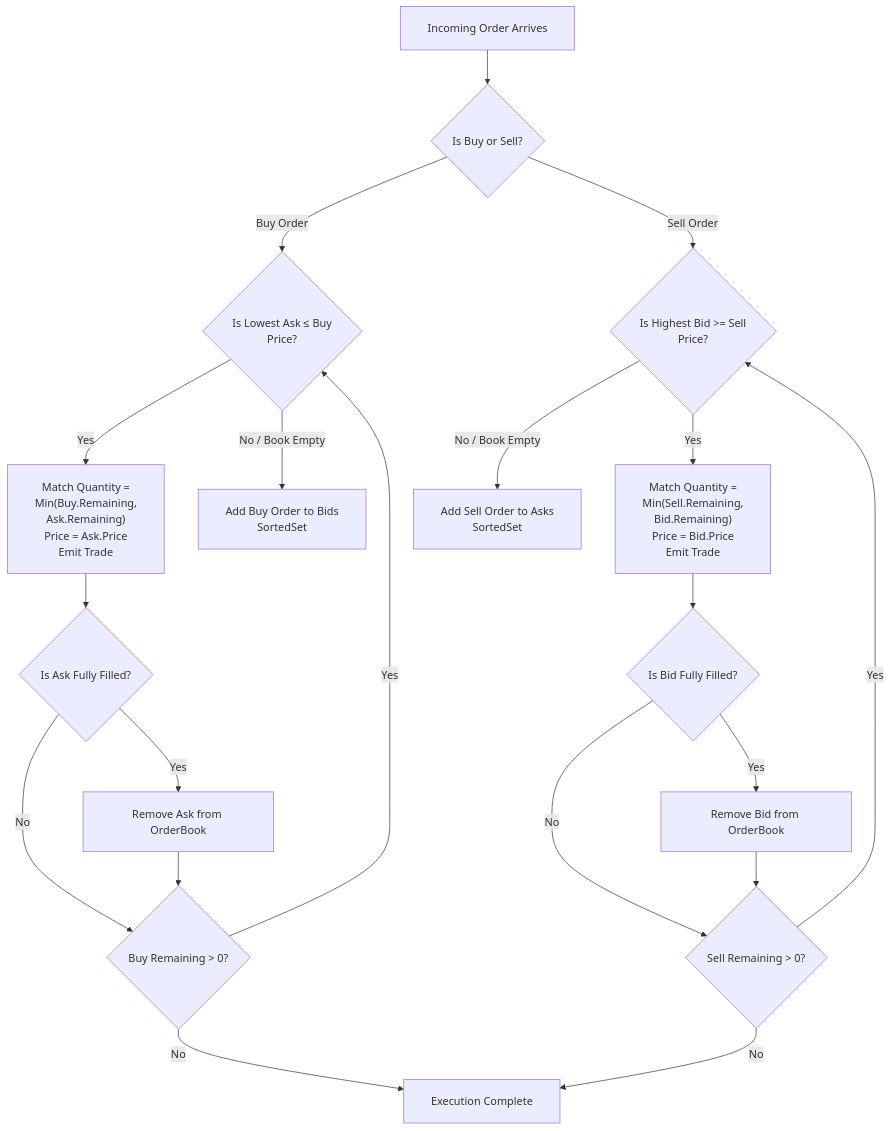
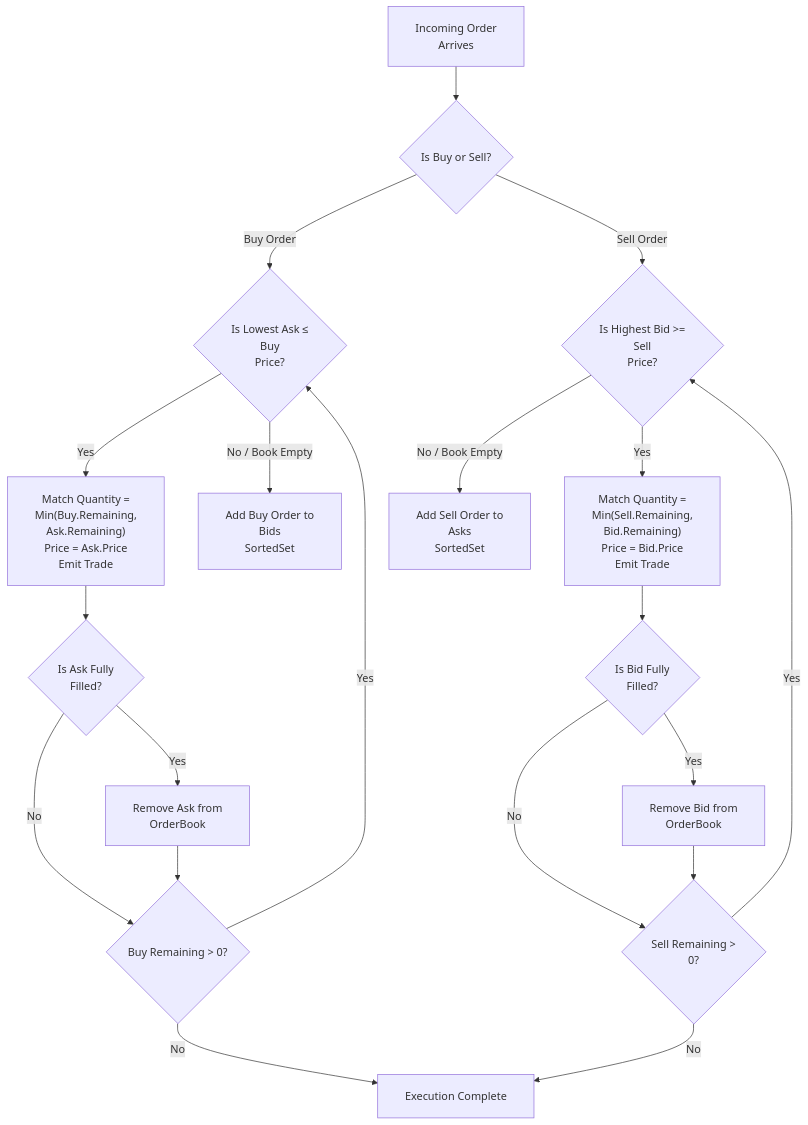
Before and after one commit to dip4k/DSA_102: the second of 2 diagrams in LLD/04_Tier4_Senior_Backend/35_Stock_Exchange_Matching_Engine.md, drawn with Mermaid. The commit also changed 106 other files, not shown here.

First line of the commit message:
fix(mermaid): prevent text clipping with foreignObject overflow and tighter line wrapping

````diff
--- a/LLD/04_Tier4_Senior_Backend/35_Stock_Exchange_Matching_Engine.md
+++ b/LLD/04_Tier4_Senior_Backend/35_Stock_Exchange_Matching_Engine.md
@@ -286,25 +286,25 @@
 ```mermaid
-%%{init: {"flowchart": {"htmlLabels": true, "padding": 20}}}%%
+%%{init: {"flowchart": {"htmlLabels": true, "padding": 20}, "themeCSS": "foreignObject { overflow: visible !important; }"}}%%
 flowchart TD
-    Start["Incoming Order Arrives"] --> CheckSide{"Is Buy or Sell?"}
+    Start["Incoming Order<br/>Arrives"] --> CheckSide{"Is Buy or Sell?"}
 
-    CheckSide -->|Buy Order| MatchAsk{"Is Lowest Ask &le; Buy<br/>Price?"}
+    CheckSide -->|Buy Order| MatchAsk{"Is Lowest Ask &le;<br/>Buy<br/>Price?"}
     MatchAsk -->|Yes| ExecBuy["Match Quantity =<br/>Min(Buy.Remaining,<br/>Ask.Remaining)<br/>Price = Ask.Price<br/>Emit Trade"]
-    ExecBuy --> RemoveAsk{"Is Ask Fully Filled?"}
-    RemoveAsk -->|Yes| PopAsk["Remove Ask from OrderBook"]
+    ExecBuy --> RemoveAsk{"Is Ask Fully<br/>Filled?"}
+    RemoveAsk -->|Yes| PopAsk["Remove Ask from<br/>OrderBook"]
     RemoveAsk -->|No| CheckRemainingBuy{"Buy Remaining > 0?"}
     PopAsk --> CheckRemainingBuy
     CheckRemainingBuy -->|Yes| MatchAsk
     CheckRemainingBuy -->|No| Done["Execution Complete"]
-    MatchAsk -->|No / Book Empty| AddBuyToBook["Add Buy Order to Bids<br/>SortedSet"]
+    MatchAsk -->|No / Book Empty| AddBuyToBook["Add Buy Order to<br/>Bids<br/>SortedSet"]
 
-    CheckSide -->|Sell Order| MatchBid{"Is Highest Bid >= Sell<br/>Price?"}
+    CheckSide -->|Sell Order| MatchBid{"Is Highest Bid >=<br/>Sell<br/>Price?"}
     MatchBid -->|Yes| ExecSell["Match Quantity =<br/>Min(Sell.Remaining,<br/>Bid.Remaining)<br/>Price = Bid.Price<br/>Emit Trade"]
-    ExecSell --> RemoveBid{"Is Bid Fully Filled?"}
-    RemoveBid -->|Yes| PopBid["Remove Bid from OrderBook"]
-    RemoveBid -->|No| CheckRemainingSell{"Sell Remaining > 0?"}
+    ExecSell --> RemoveBid{"Is Bid Fully<br/>Filled?"}
+    RemoveBid -->|Yes| PopBid["Remove Bid from<br/>OrderBook"]
+    RemoveBid -->|No| CheckRemainingSell{"Sell Remaining ><br/>0?"}
     PopBid --> CheckRemainingSell
     CheckRemainingSell -->|Yes| MatchBid
     CheckRemainingSell -->|No| Done
-    MatchBid -->|No / Book Empty| AddSellToBook["Add Sell Order to Asks<br/>SortedSet"]
+    MatchBid -->|No / Book Empty| AddSellToBook["Add Sell Order to<br/>Asks<br/>SortedSet"]
 ```
````
